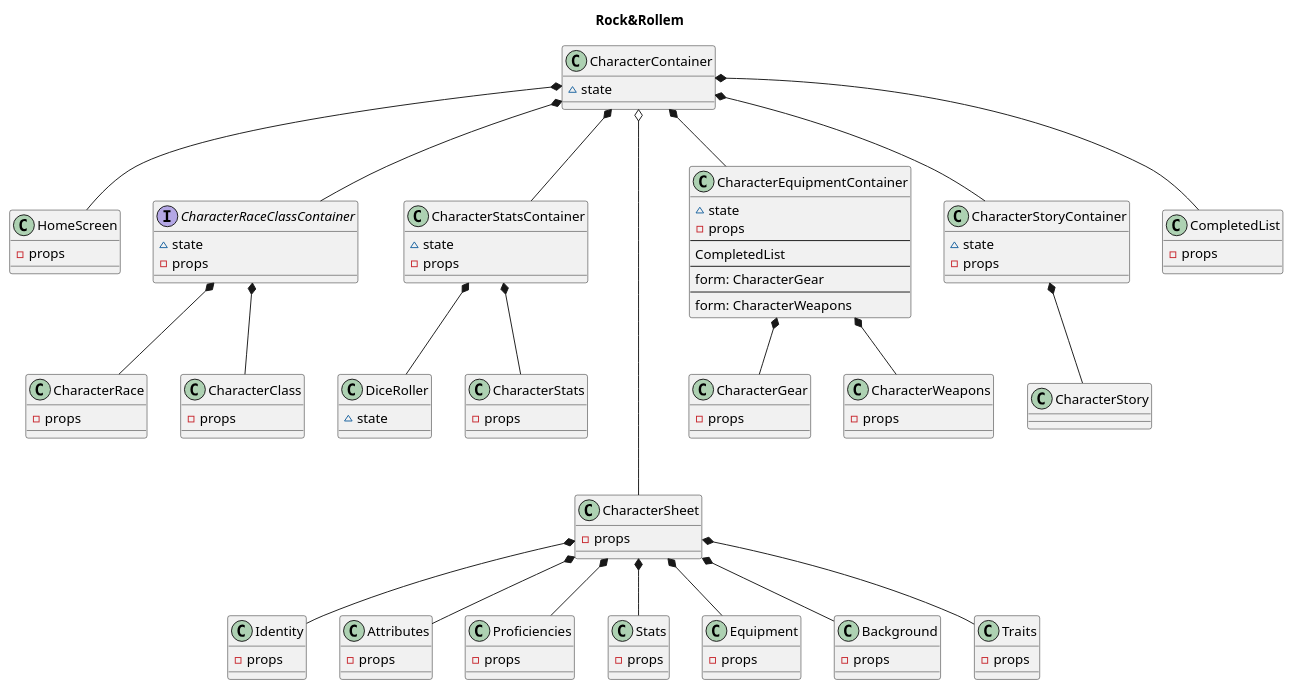
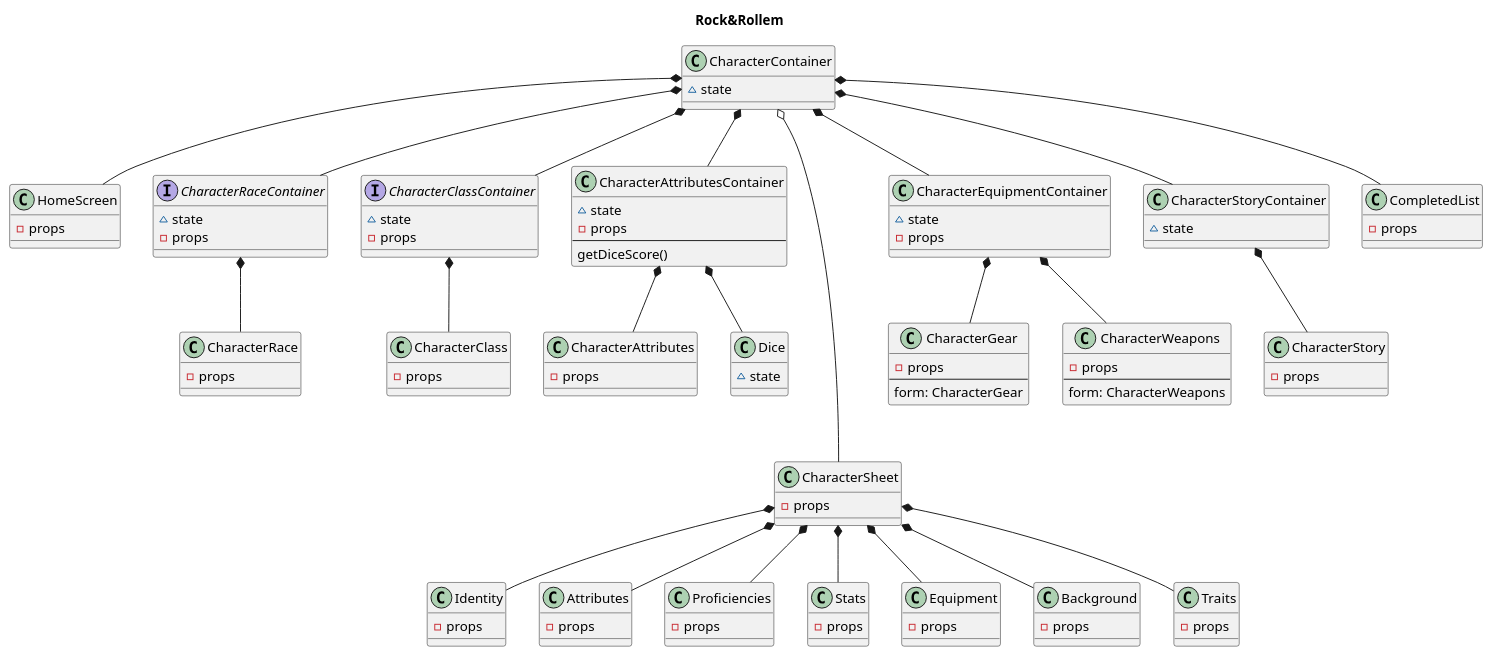
The diagram in docs/components.plantuml (uncageddesign/characterGenerator), drawn with PlantUML before and after one commit. The commit also changed other lines of this file, not shown here.

Commit message:
Updates diagram and makes a bit tidier

```diff
--- a/docs/components.plantuml
+++ b/docs/components.plantuml
@@ -1,125 +1,140 @@
 @startuml
 title Rock&Rollem
 
 class HomeScreen {
   - props
 }
 
 class CharacterContainer {
     ~ state
 }
 
-interface CharacterRaceClassContainer {
-  ~state
-  - props
-}
-
-
-
-class CharacterStatsContainer {
-  ~state
-  - props
-}
-
-class DiceRoller {
-  ~ state
-}
-
-class CharacterSheet {
-  -props
-}
-
-class CharacterEquipmentContainer {
-  ~state
-  - props
-  --
-  CompletedList
-  --
-  form: CharacterGear
-  --
-  form: CharacterWeapons
-}
-
-class CharacterStoryContainer {
+interface CharacterRaceContainer {
   ~state
   - props
 }
 
 class CharacterRace {
   - props
 }
 
+
+interface CharacterClassContainer {
+  ~state
+  - props
+}
+
 class CharacterClass {
   - props
 }
 
-class CharacterStats {
+
+class CharacterAttributesContainer {
+  ~state
+  - props
+  ---
+  getDiceScore()
+}
+
+class CharacterAttributes {
   - props
 }
 
-class CharacterGear {
-  - props
+class Dice {
+  ~ state
 }
 
-class CharacterWeapons {
-  - props
+
+class CharacterSheet {
+  -props
 }
+
 
 class Identity {
   - props
 }
 
 class Attributes {
   - props
 }
 
 class Proficiencies {
   - props
 }
 
 class Stats {
   - props
 }
 
 class Equipment {
   - props
 }
 
 class Background {
   - props
 }
 
 class Traits {
   - props
 }
 
+
+
+class CharacterEquipmentContainer {
+  ~state
+  - props
+}
+
+class CharacterGear {
+  - props
+  --
+  form: CharacterGear
+}
+
+class CharacterWeapons {
+  - props
+  --
+  form: CharacterWeapons
+}
+
+
+
+class CharacterStoryContainer {
+  ~state
+}
+
+class CharacterStory {
+  - props
+}
+
+
 class CompletedList {
   - props
 }
 
 
 CharacterContainer *-- HomeScreen
 
-CharacterContainer *-- CharacterRaceClassContainer
-CharacterContainer *-- CharacterStatsContainer
+CharacterContainer *-- CharacterRaceContainer
+CharacterContainer *-- CharacterClassContainer
+CharacterContainer *-- CharacterAttributesContainer
 CharacterContainer o---- CharacterSheet
+CharacterContainer *-- CharacterEquipmentContainer
+CharacterContainer *-- CharacterStoryContainer
+CharacterRaceContainer *-- CharacterRace
+CharacterClassContainer *-- CharacterClass
+CharacterAttributesContainer *-- CharacterAttributes
+CharacterAttributesContainer *-- Dice
+CharacterEquipmentContainer *-- CharacterGear
+CharacterEquipmentContainer *-- CharacterWeapons
+CharacterStoryContainer *-- CharacterStory
+CharacterContainer *-- CompletedList
 CharacterSheet *-- Identity
 CharacterSheet *-- Attributes
 CharacterSheet *-- Proficiencies
 CharacterSheet *-- Stats
 CharacterSheet *-- Equipment
 CharacterSheet *-- Background
 CharacterSheet *-- Traits
 
-CharacterContainer *-- CharacterEquipmentContainer
-CharacterContainer *-- CharacterStoryContainer
-CharacterRaceClassContainer *-- CharacterRace
-CharacterRaceClassContainer *-- CharacterClass
-CharacterStatsContainer *-- CharacterStats
-CharacterStatsContainer *-- DiceRoller
-CharacterEquipmentContainer *-- CharacterGear
-CharacterEquipmentContainer *-- CharacterWeapons
-CharacterStoryContainer *-- CharacterStory
-CharacterContainer *-- CompletedList
-
 @enduml
```
